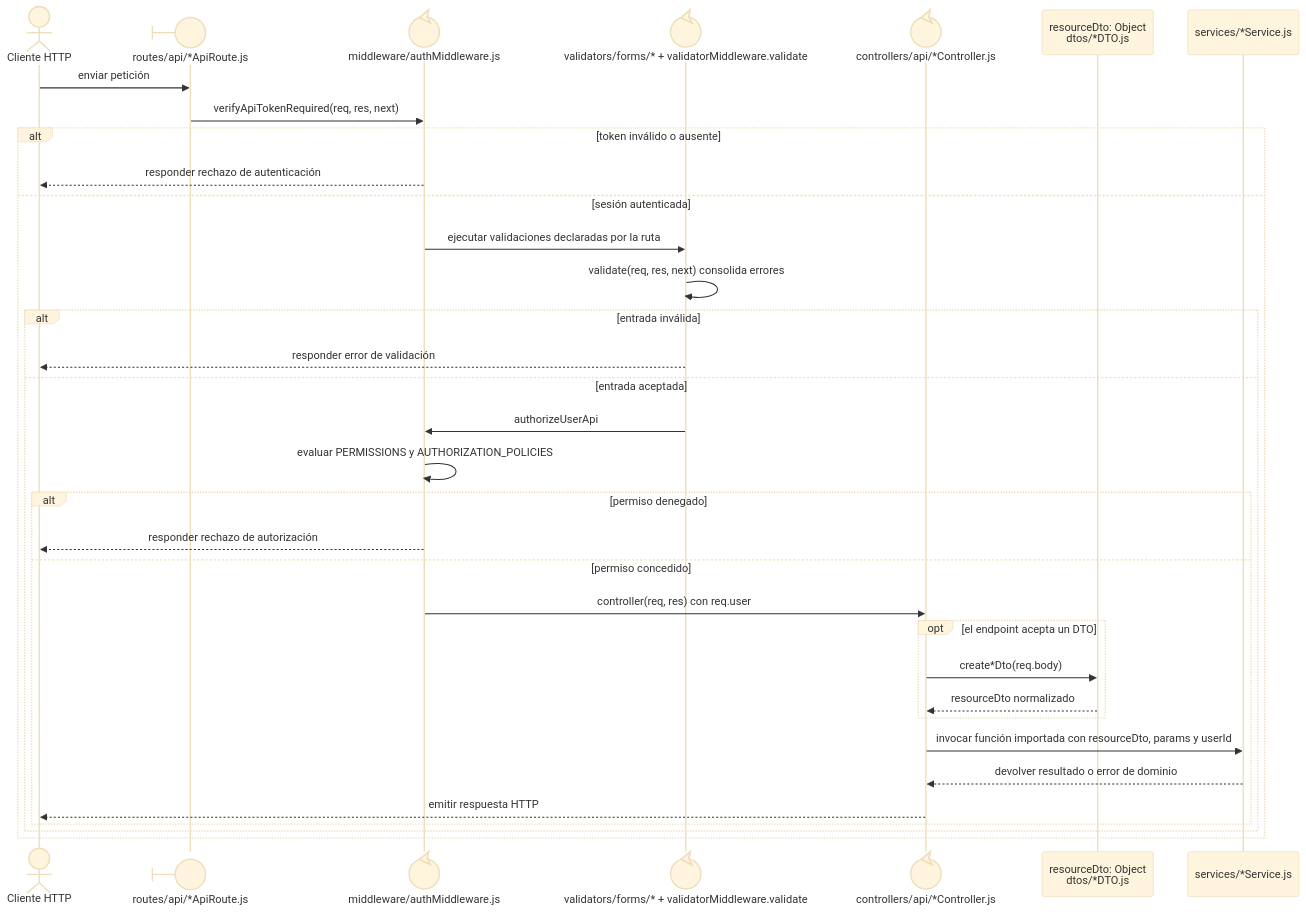
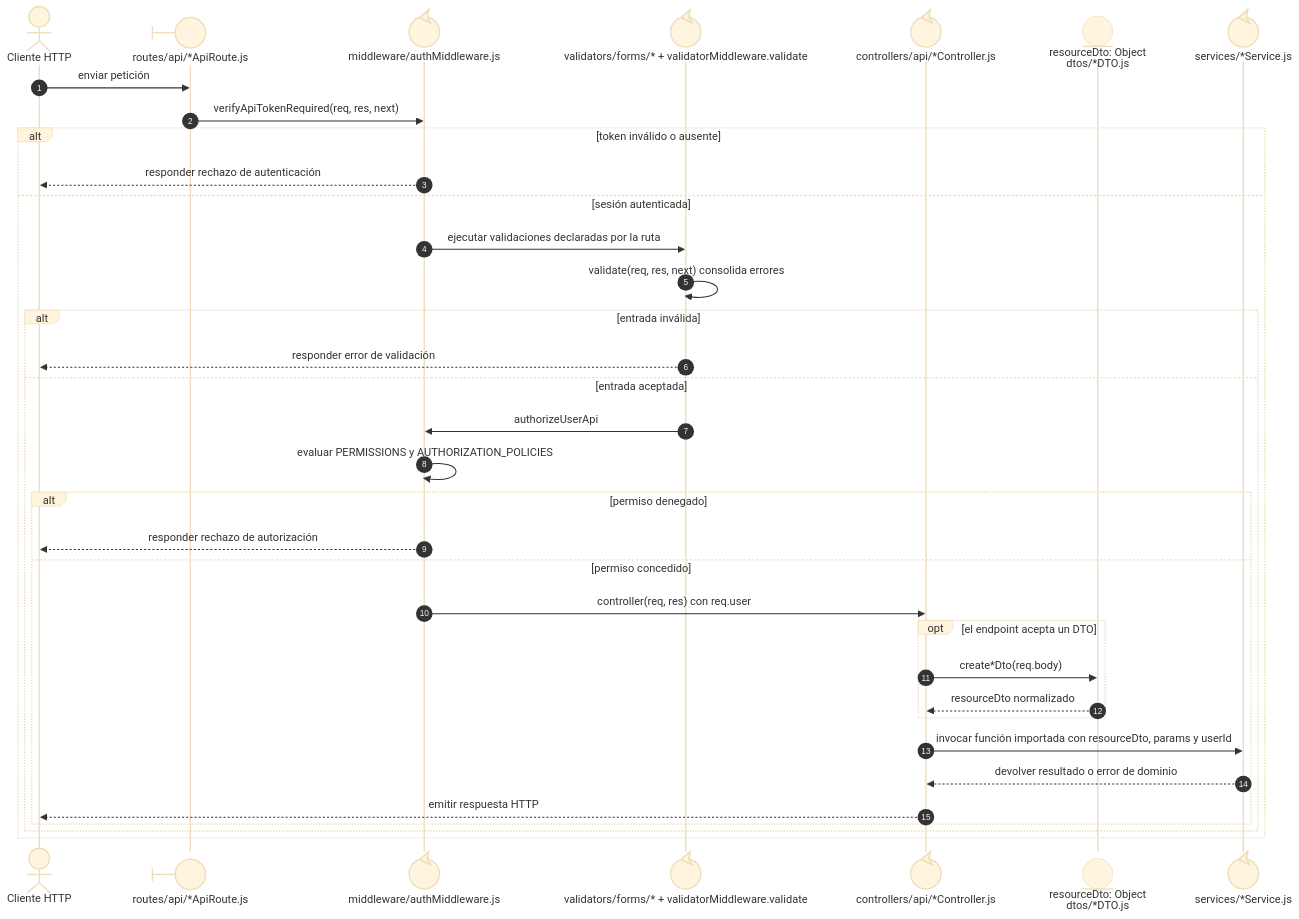
Before and after one commit to gpgsistemas01/nexus: the second of 5 diagrams in docs/architecture/views/development/design-and-construction-patterns/04-catalog-visual-of-patterns-applied.md, drawn with Mermaid (base theme). The commit also changed other lines of this file and 198 other files, not shown here.

Commit message:
docs: mejorar notación UML y distribución de diagramas Mermaid

````diff
--- a/docs/architecture/views/development/design-and-construction-patterns/04-catalog-visual-of-patterns-applied.md
+++ b/docs/architecture/views/development/design-and-construction-patterns/04-catalog-visual-of-patterns-applied.md
@@ -37,37 +55,38 @@
 ```mermaid
 sequenceDiagram
+    autonumber
     actor Client as Cliente HTTP
     participant Route@{ "type": "boundary" } as routes/api/*ApiRoute.js
     participant Auth@{ "type": "control" } as middleware/authMiddleware.js
     participant Validation@{ "type": "control" } as validators/forms/* + validatorMiddleware.validate
     participant Controller@{ "type": "control" } as controllers/api/*Controller.js
-    participant Dto as resourceDto: Object<br/>dtos/*DTO.js
-    participant Service as services/*Service.js
+    participant Dto@{ "type": "entity" } as resourceDto: Object<br/>dtos/*DTO.js
+    participant Service@{ "type": "control" } as services/*Service.js
 
     Client->>Route: enviar petición
     Route->>Auth: verifyApiTokenRequired(req, res, next)
     alt token inválido o ausente
         Auth-->>Client: responder rechazo de autenticación
     else sesión autenticada
         Auth->>Validation: ejecutar validaciones declaradas por la ruta
         Validation->>Validation: validate(req, res, next) consolida errores
         alt entrada inválida
             Validation-->>Client: responder error de validación
         else entrada aceptada
             Validation->>Auth: authorizeUserApi
             Auth->>Auth: evaluar PERMISSIONS y AUTHORIZATION_POLICIES
             alt permiso denegado
                 Auth-->>Client: responder rechazo de autorización
             else permiso concedido
                 Auth->>Controller: controller(req, res) con req.user
                 opt el endpoint acepta un DTO
                     Controller->>Dto: create*Dto(req.body)
                     Dto-->>Controller: resourceDto normalizado
                 end
                 Controller->>Service: invocar función importada con resourceDto, params y userId
                 Service-->>Controller: devolver resultado o error de dominio
                 Controller-->>Client: emitir respuesta HTTP
             end
         end
     end
 ```
````
